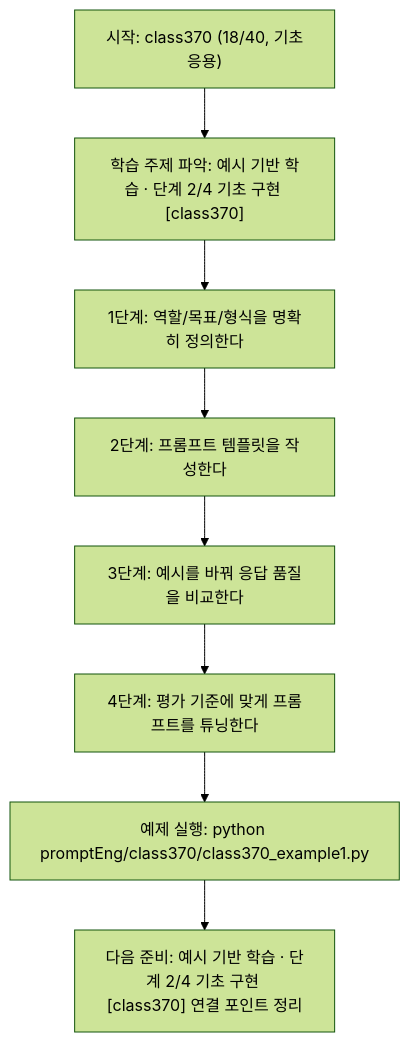
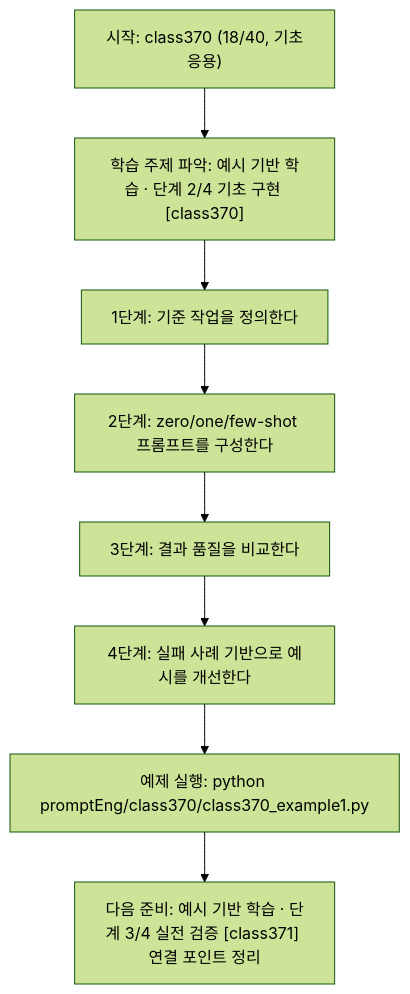
Before and after one commit to edumgt/Python-AI_Agent-Class: the diagram in promptEng/class370/class370.md, drawn with Mermaid (forest theme). The commit also changed other lines of this file and 283 other files, not shown here.

````diff
--- a/promptEng/class370/class370.md
+++ b/promptEng/class370/class370.md
@@ -110,18 +91,18 @@
 ```mermaid
 flowchart TD
 N1["시작: class370 (18/40, 기초응용)"]
 N2["학습 주제 파악: 예시 기반 학습 · 단계 2/4 기초 구현 [class370]"]
-N3["1단계: 역할/목표/형식을 명확히 정의한다"]
-N4["2단계: 프롬프트 템플릿을 작성한다"]
-N5["3단계: 예시를 바꿔 응답 품질을 비교한다"]
-N6["4단계: 평가 기준에 맞게 프롬프트를 튜닝한다"]
+N3["1단계: 기준 작업을 정의한다"]
+N4["2단계: zero/one/few-shot 프롬프트를 구성한다"]
+N5["3단계: 결과 품질을 비교한다"]
+N6["4단계: 실패 사례 기반으로 예시를 개선한다"]
 N7["예제 실행: python promptEng/class370/class370_example1.py"]
-N8["다음 준비: 예시 기반 학습 · 단계 2/4 기초 구현 [class370] 연결 포인트 정리"]
+N8["다음 준비: 예시 기반 학습 · 단계 3/4 실전 검증 [class371] 연결 포인트 정리"]
 N1 --> N2
 N2 --> N3
 N3 --> N4
 N4 --> N5
 N5 --> N6
 N6 --> N7
 N7 --> N8
 ```
````
